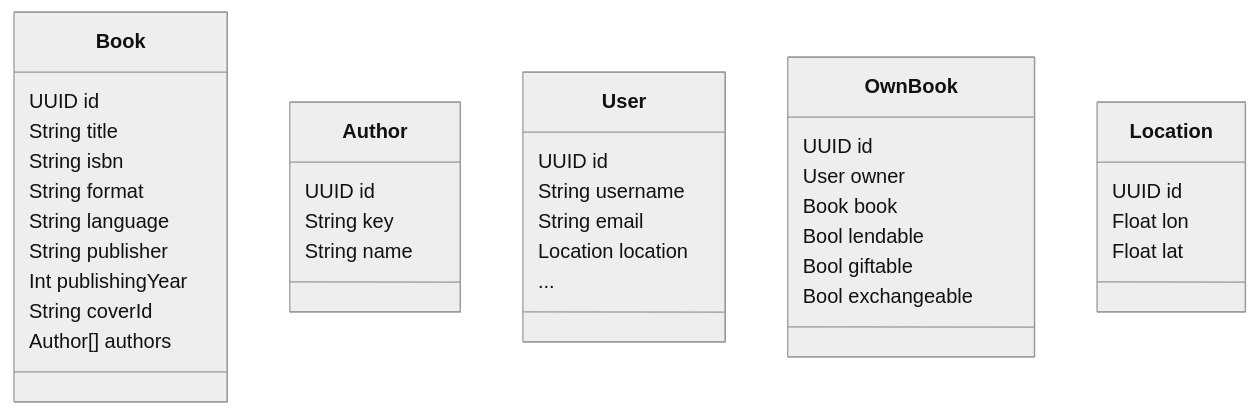
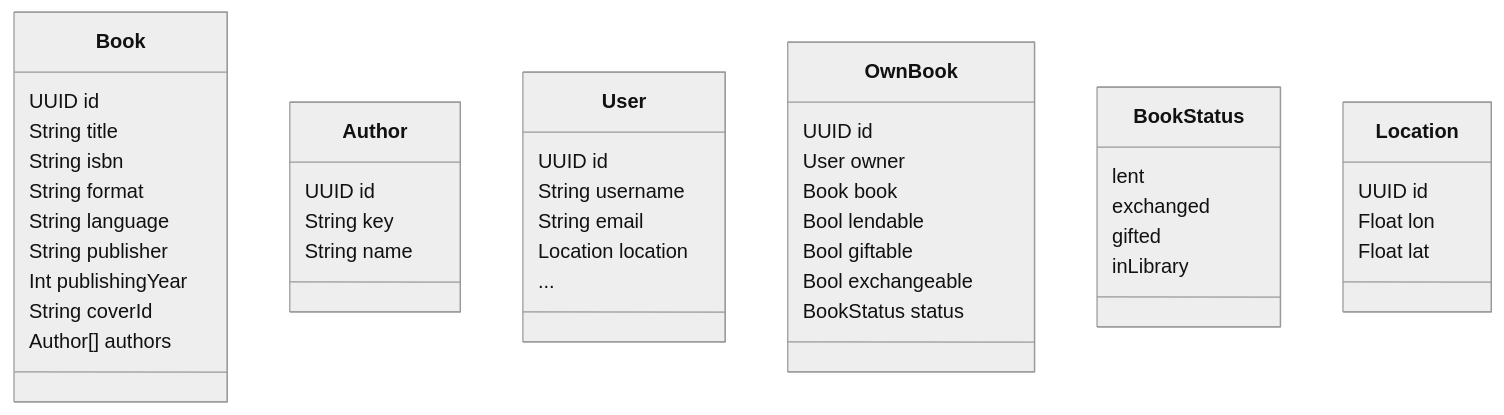
The diagram in docs/domain-analysis/domain-diagram.md (AAU-ASE24W-group-E/crowd-library), drawn with Mermaid (neutral theme) before and after one commit.

Commit message:
Added Bookstatus
Discussed in Meeting 22.11.24

````diff
--- a/docs/domain-analysis/domain-diagram.md
+++ b/docs/domain-analysis/domain-diagram.md
@@ -26,44 +26,52 @@
 ```mermaid
 classDiagram
     class Book {
         UUID id
         String title
         String isbn
         String format
         String language
         String publisher
         Int publishingYear
         String coverId
         Author[] authors
     }
 
     class Author {
         UUID id
         String key
         String name
     }
 
     class User {
         UUID id
         String username
         String email
         Location location
         ...
     }
 
     class OwnBook {
         UUID id
         User owner
         Book book
         Bool lendable
         Bool giftable
         Bool exchangeable
+        BookStatus status 
+    }
+
+    class BookStatus {
+        lent
+        exchanged
+        gifted
+        inLibrary
     }
 
     class Location {
         UUID id
         Float lon
         Float lat
     }
 
 ```
````
